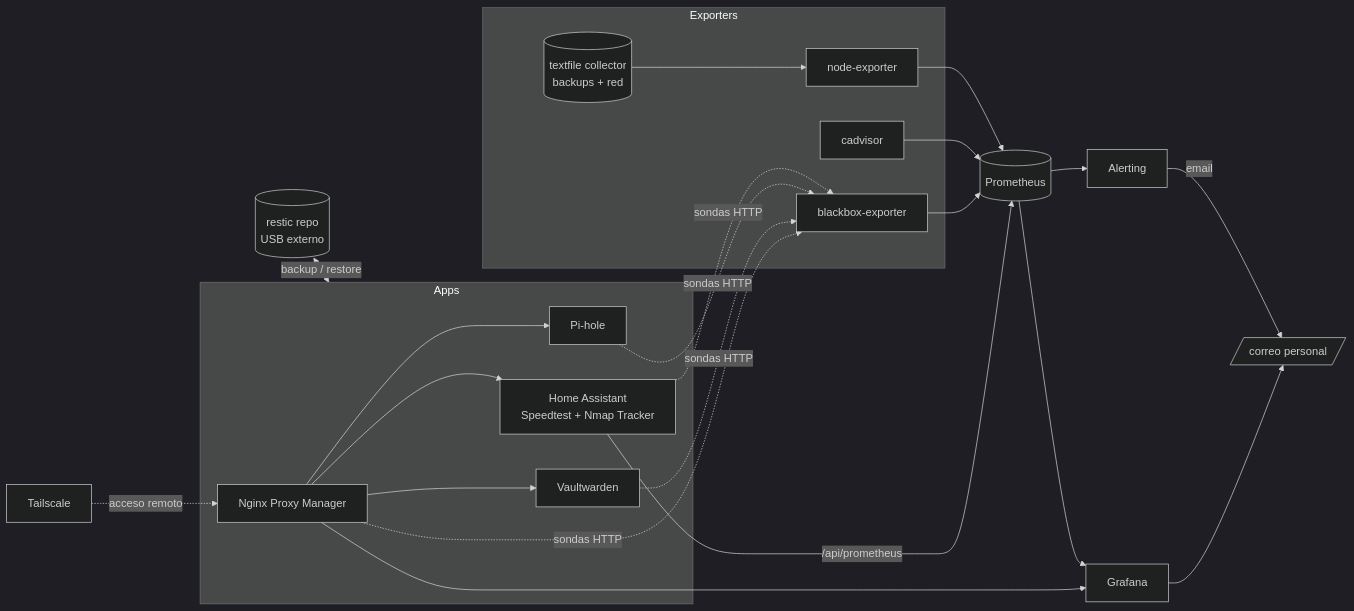
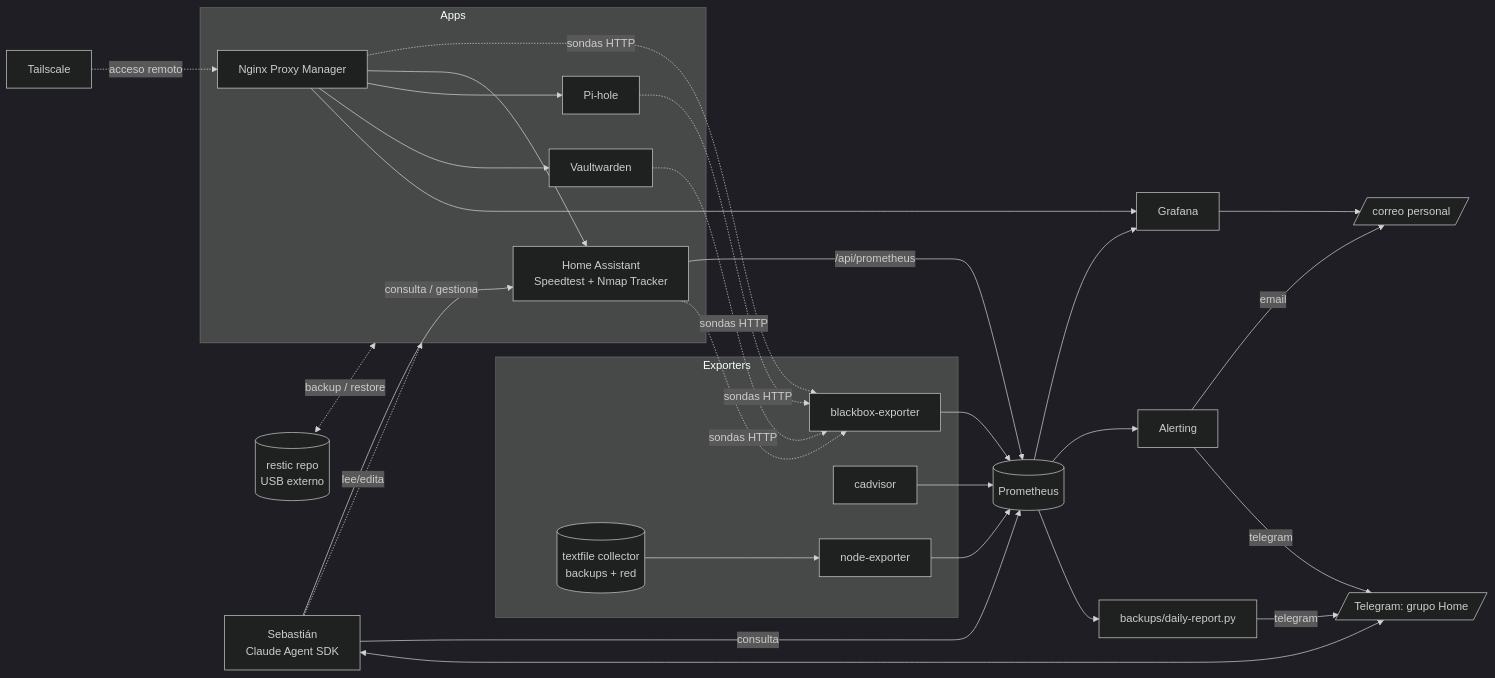
The diagram in README.md (Kike-Ramirez/home-server), drawn with Mermaid (dark theme) before and after one commit. The commit also changed other lines of this file and 5 other files, not shown here.

First line of the commit message:
Sebastián: shared Telegram group, differentiated tone, setup/restore docs

````diff
--- a/README.md
+++ b/README.md
@@ -50,33 +51,42 @@
 ```mermaid
 flowchart LR
     subgraph Exporters
         NE[node-exporter]
         CA[cadvisor]
         BB[blackbox-exporter]
         TF[(textfile collector<br/>backups + red)]
     end
 
     subgraph Apps
         HA[Home Assistant<br/>Speedtest + Nmap Tracker]
         PI[Pi-hole]
         VW[Vaultwarden]
         NPM[Nginx Proxy Manager]
     end
 
     NE --> PR[(Prometheus)]
     CA --> PR
     BB --> PR
     HA -->|/api/prometheus| PR
     TF --> NE
     HA & PI & VW & NPM -. sondas HTTP .-> BB
 
     PR --> GF[Grafana]
     PR --> AL[Alerting]
     AL -->|email| MAIL[/correo personal/]
     GF --> MAIL
 
     TS[Tailscale] -. acceso remoto .-> NPM
     NPM --> HA & PI & VW & GF
 
     RESTIC[(restic repo<br/>USB externo)] <-. backup / restore .-> Apps
+
+    SEB[Sebastián<br/>Claude Agent SDK] -->|consulta / gestiona| HA
+    SEB -->|consulta| PR
+    SEB -. lee/edita .-> Apps
+    TG[/Telegram: grupo Home/]
+    SEB <--> TG
+    AL -->|telegram| TG
+    DR[backups/daily-report.py] -->|telegram| TG
+    PR --> DR
 ```
````
